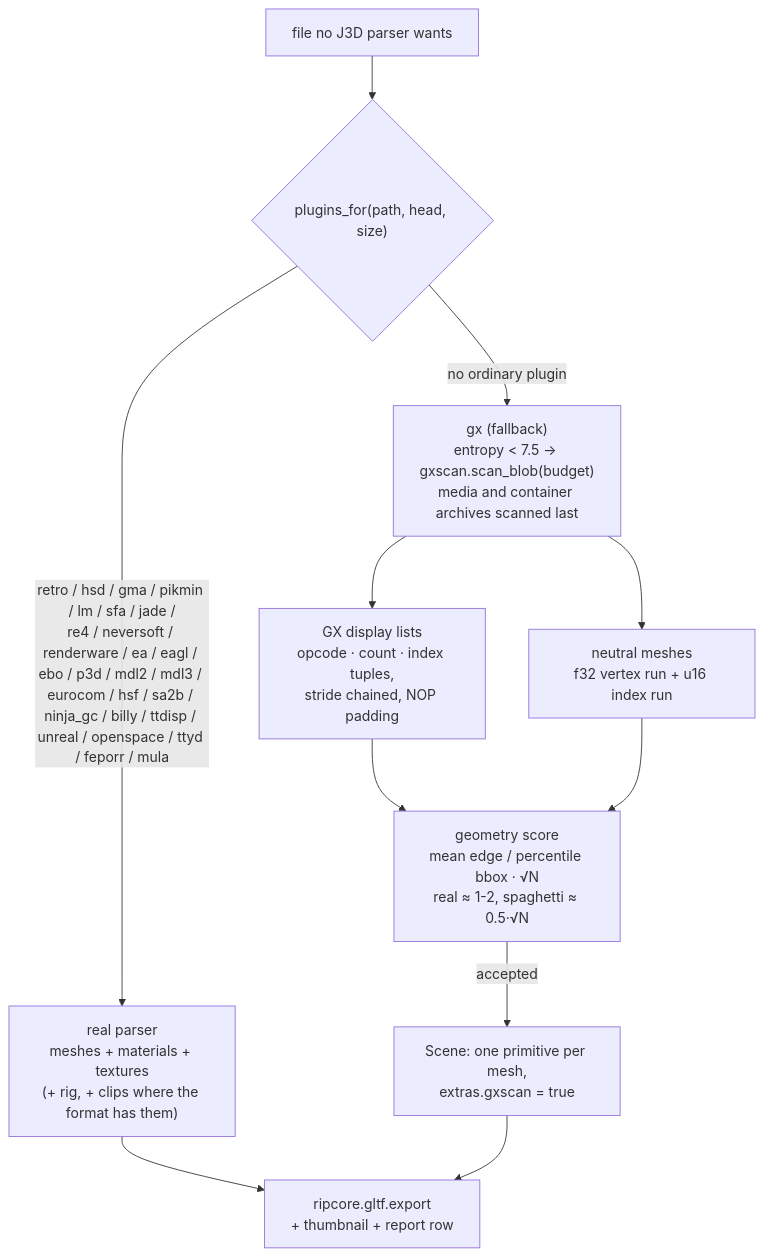
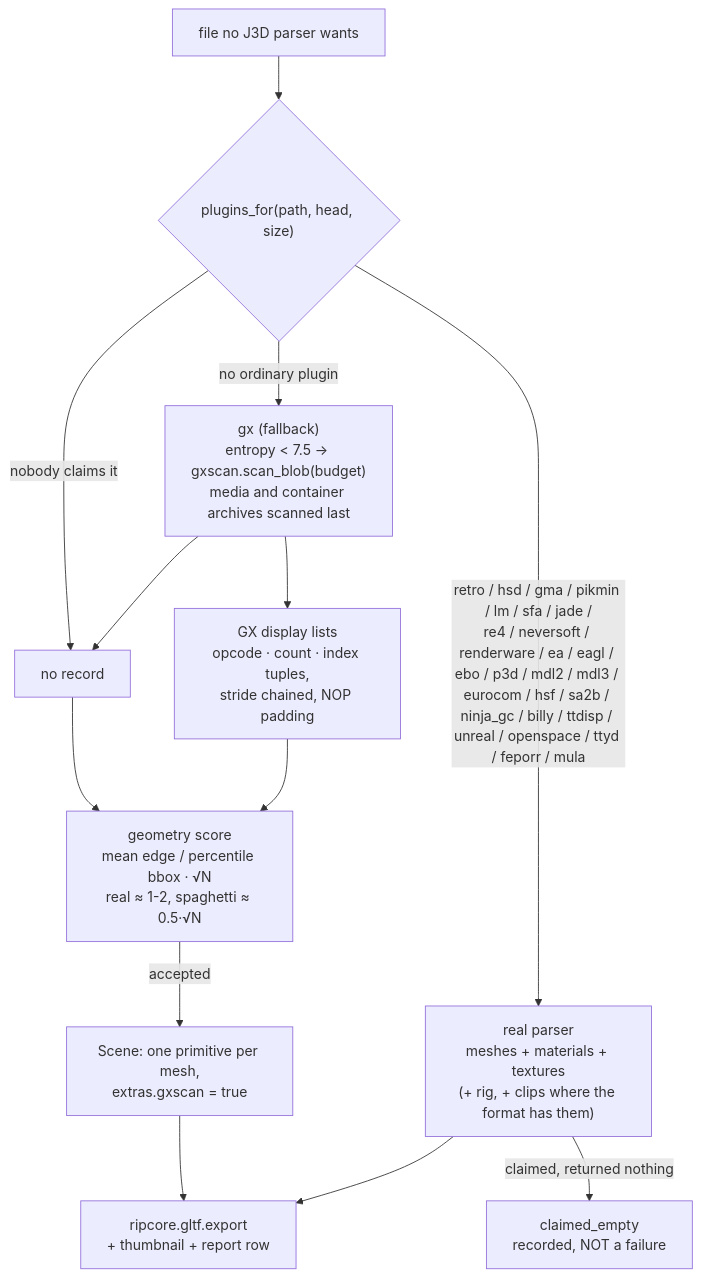
One commit to Felbs/3d-ripper-9000 changed the ninth of 10 diagrams in docs/PIPELINE.md. Above: the diagram before and after it, drawn with Mermaid. The commit also changed other lines of this file and 7 other files, not shown here.

````diff
--- a/docs/PIPELINE.md
+++ b/docs/PIPELINE.md
@@ -237,11 +237,13 @@
 ```mermaid
 flowchart TD
     F["file no J3D parser wants"] --> D{"plugins_for(path, head, size)"}
     D -->|"retro / hsd / gma / pikmin / lm / sfa / jade /<br/>re4 / neversoft / renderware / ea / eagl / ebo / p3d / mdl2 / mdl3 / eurocom / hsf / sa2b / ninja_gc / billy / ttdisp / unreal / openspace / ttyd / feporr / mula"| R["real parser<br/>meshes + materials + textures<br/>(+ rig, + clips where the format has them)"]
     D -->|"no ordinary plugin"| S["gx (fallback)<br/>entropy &lt; 7.5 → gxscan.scan_blob(budget)<br/>media and container archives scanned last"]
     S --> L["GX display lists<br/>opcode · count · index tuples,<br/>stride chained, NOP padding"]
     S --> N["neutral meshes<br/>f32 vertex run + u16 index run"]
     L & N --> SC["geometry score<br/>mean edge / percentile bbox · √N<br/>real ≈ 1-2, spaghetti ≈ 0.5·√N"]
     SC -->|"accepted"| M["Scene: one primitive per mesh,<br/>extras.gxscan = true"]
     R & M --> E["ripcore.gltf.export<br/>+ thumbnail + report row"]
+    R -->|"claimed, returned nothing"| Z["claimed_empty<br/>recorded, NOT a failure"]
+    D -->|"nobody claims it"| N["no record"]
 ```
````
